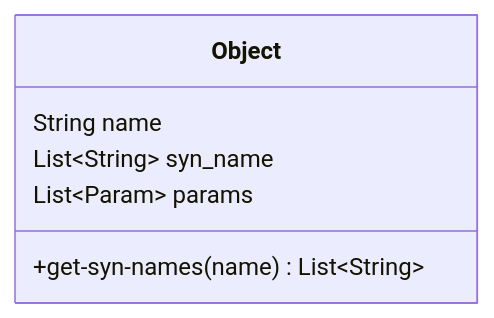
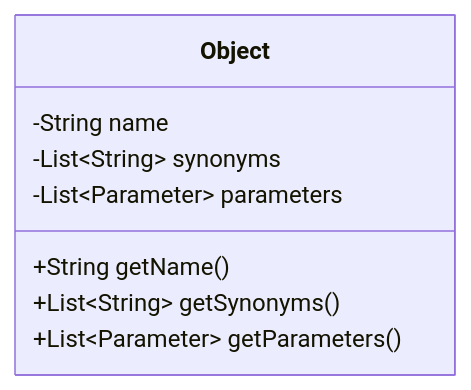
The second of 8 diagrams in Архитектура.md (pechkaeltsin/market2ksr), drawn with Mermaid before and after one commit. The commit also changed other lines of this file and 1 other file, not shown here.

````diff
--- a/Архитектура.md
+++ b/Архитектура.md
@@ -5,9 +39,11 @@
 ```mermaid
 classDiagram
-class Object{
-	String name
-	List~String~ syn_name
-	List~Param~ params
-	+get-syn-names(name) List~String~
-}
+    class Object {
+        -String name
+        -List~String~ synonyms
+        -List~Parameter~ parameters
+        +String getName()
+        +List~String~ getSynonyms()
+        +List~Parameter~ getParameters()
+    }
 ```
````
